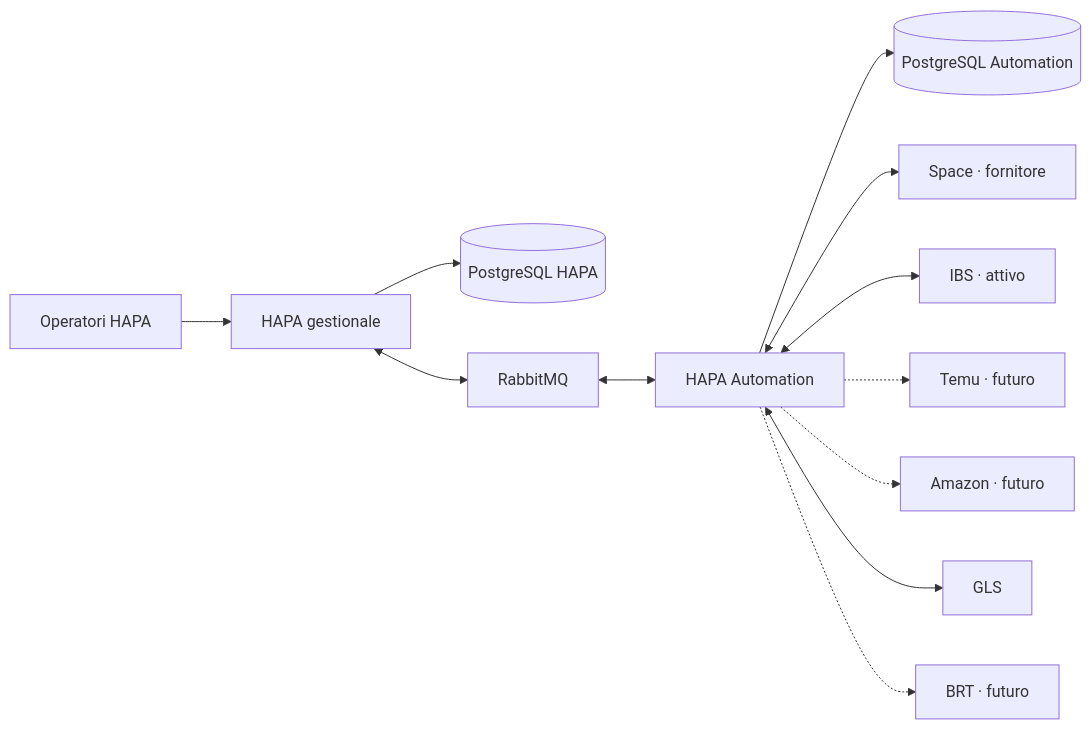
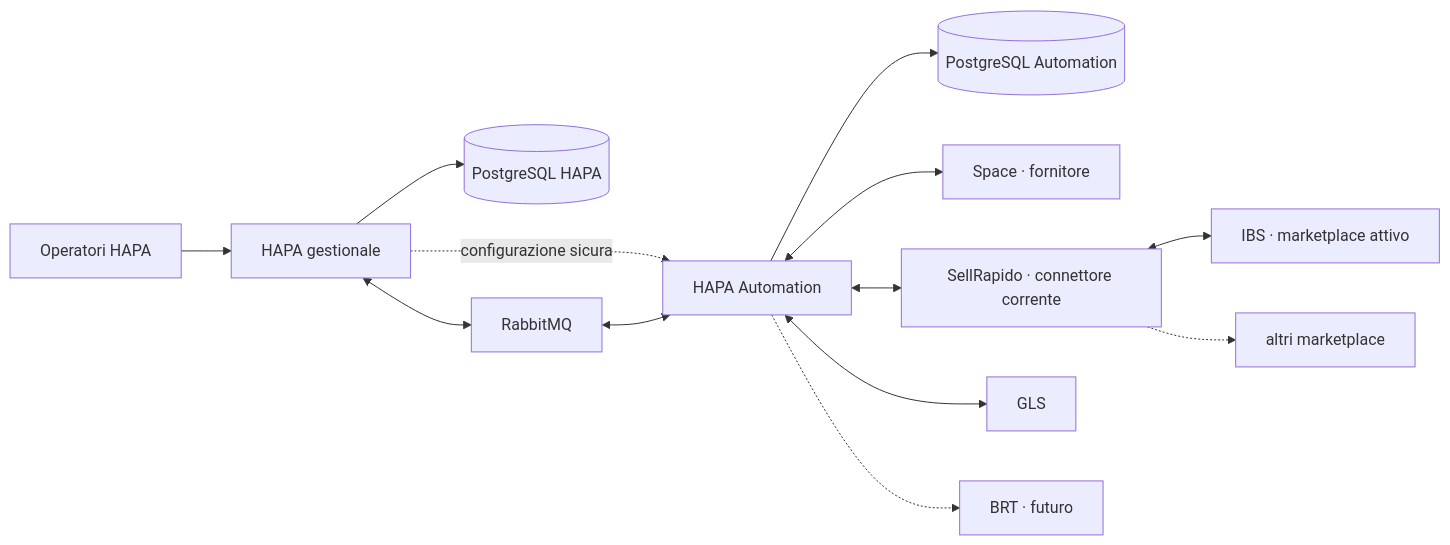
The diagram in README.md (jellero/hapa), drawn with Mermaid before and after one commit. The commit also changed other lines of this file and 4 other files, not shown here.

First line of the commit message:
Configura provider da UI e integra SellRapido nei flussi HAPA (#20)

````diff
--- a/README.md
+++ b/README.md
@@ -11,14 +11,15 @@
 ```mermaid
 flowchart LR
     Operator["Operatori HAPA"] --> Hapa["HAPA gestionale"]
     Hapa --> HapaDb[("PostgreSQL HAPA")]
     Hapa <--> Broker["RabbitMQ"]
-    Broker <--> Automation["HAPA Automation"]
+    Hapa -. configurazione sicura .-> Automation["HAPA Automation"]
+    Broker <--> Automation
     Automation --> AutomationDb[("PostgreSQL Automation")]
     Automation <--> Space["Space · fornitore"]
-    Automation <--> IBS["IBS · attivo"]
-    Automation -.-> Temu["Temu · futuro"]
-    Automation -.-> Amazon["Amazon · futuro"]
+    Automation <--> SellRapido["SellRapido · connettore corrente"]
+    SellRapido <--> IBS["IBS · marketplace attivo"]
+    SellRapido -.-> OtherMarketplaces["altri marketplace"]
     Automation <--> GLS["GLS"]
     Automation -.-> BRT["BRT · futuro"]
 ```
````
